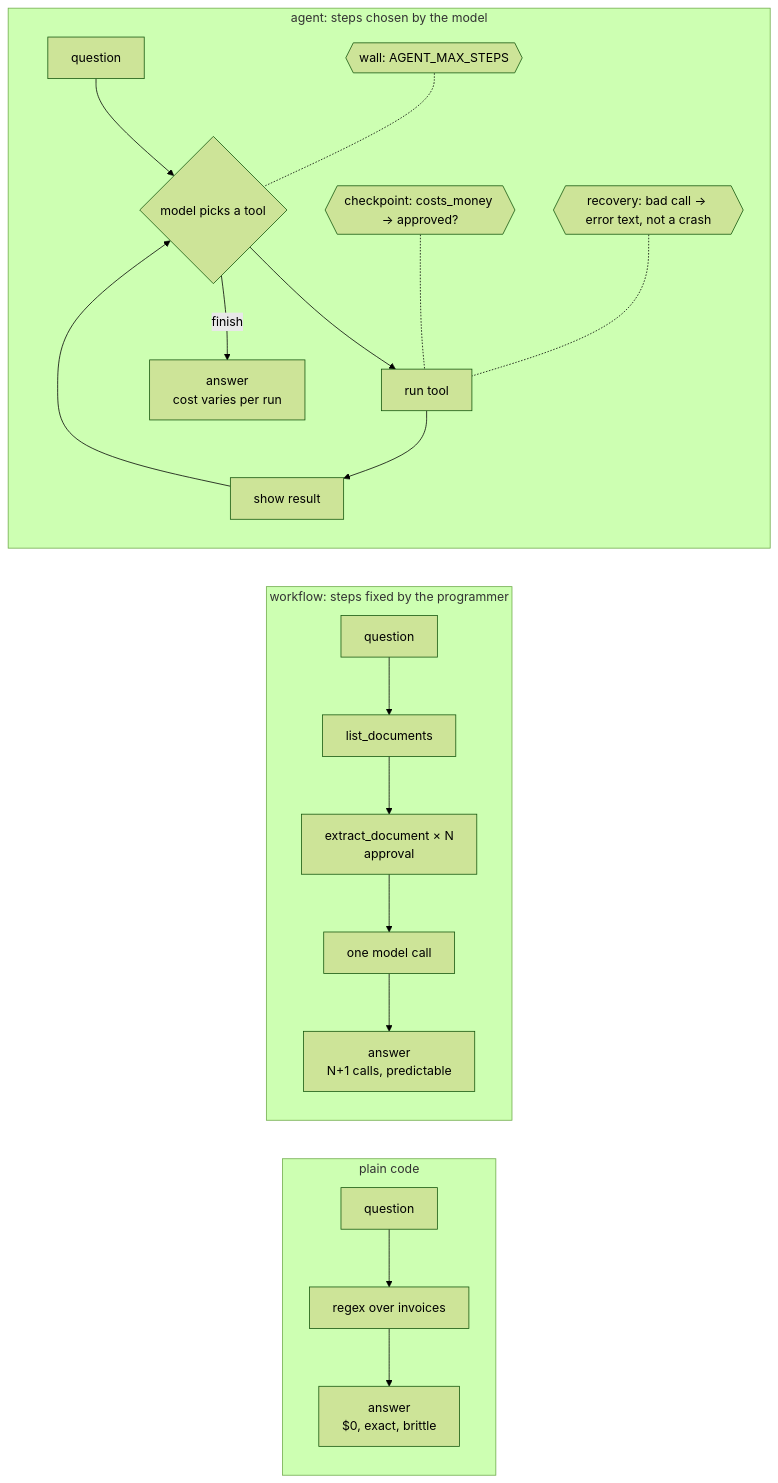
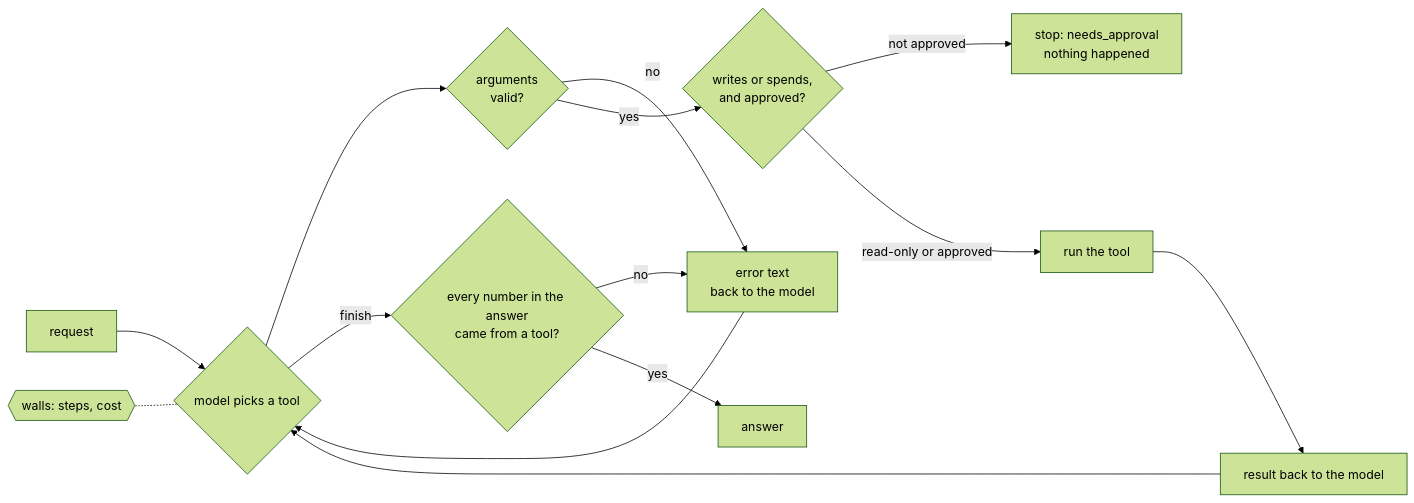
Before and after one commit to anilmodest/ai-eng-track: the first of 2 diagrams in weeks/4/CONCEPT.md, drawn with Mermaid (forest theme). The commit also changed other lines of this file and 13 other files, not shown here.

````diff
--- a/weeks/4/CONCEPT.md
+++ b/weeks/4/CONCEPT.md
@@ -33,17 +37,13 @@
 ```mermaid
 flowchart LR
-  subgraph plain [plain code]
-    q1[question] --> c1[regex over invoices] --> a1["answer<br/>$0, exact, brittle"]
-  end
-  subgraph workflow [workflow: steps fixed by the programmer]
-    q2[question] --> l2[list_documents] --> e2["extract_document × N<br/>approval"] --> m2[one model call] --> a2["answer<br/>N+1 calls, predictable"]
-  end
-  subgraph agent [agent: steps chosen by the model]
-    q3[question] --> d3{model picks a tool}
-    d3 --> t3[run tool] --> r3[show result] --> d3
-    d3 -- finish --> a3["answer<br/>cost varies per run"]
-    w1{{wall: AGENT_MAX_STEPS}} -.- d3
-    w2{{checkpoint: costs_money → approved?}} -.- t3
-    w3{{recovery: bad call → error text, not a crash}} -.- t3
-  end
+  q[request] --> d{model picks a tool}
+  d --> v{"arguments<br/>valid?"}
+  v -- no --> e["error text<br/>back to the model"] --> d
+  v -- yes --> a{"writes or spends,<br/>and approved?"}
+  a -- "not approved" --> stop["stop: needs_approval<br/>nothing happened"]
+  a -- "read-only or approved" --> t[run the tool] --> r[result back to the model] --> d
+  d -- finish --> n{"every number in the answer<br/>came from a tool?"}
+  n -- no --> e
+  n -- yes --> done[answer]
+  w{{walls: steps, cost}} -.- d
 ```
````
